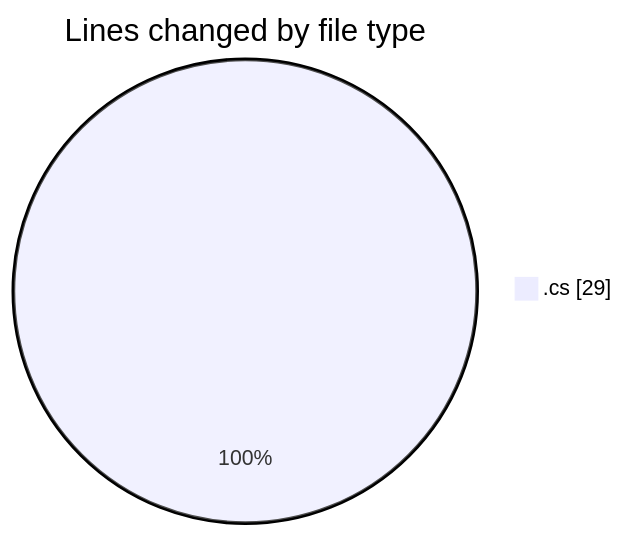
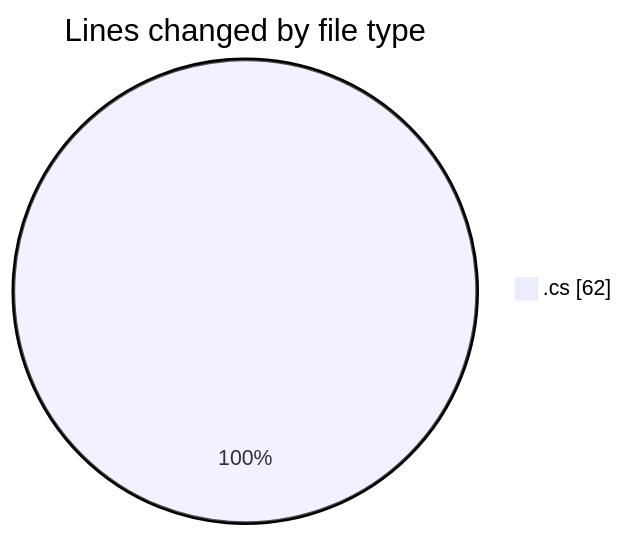
Before and after one commit to Unknowalive/code-tracking: the first of 2 diagrams in 2026-09-07/immersive_codes/README.md, drawn with Mermaid. The commit also changed other lines of this file and 1 other file, not shown here.

````diff
--- a/2026-09-07/immersive_codes/README.md
+++ b/2026-09-07/immersive_codes/README.md
@@ -20,5 +21,5 @@
 ```mermaid
 pie showData
 title Lines changed by file type
-".cs" : 29
+".cs" : 62
 ```
````
